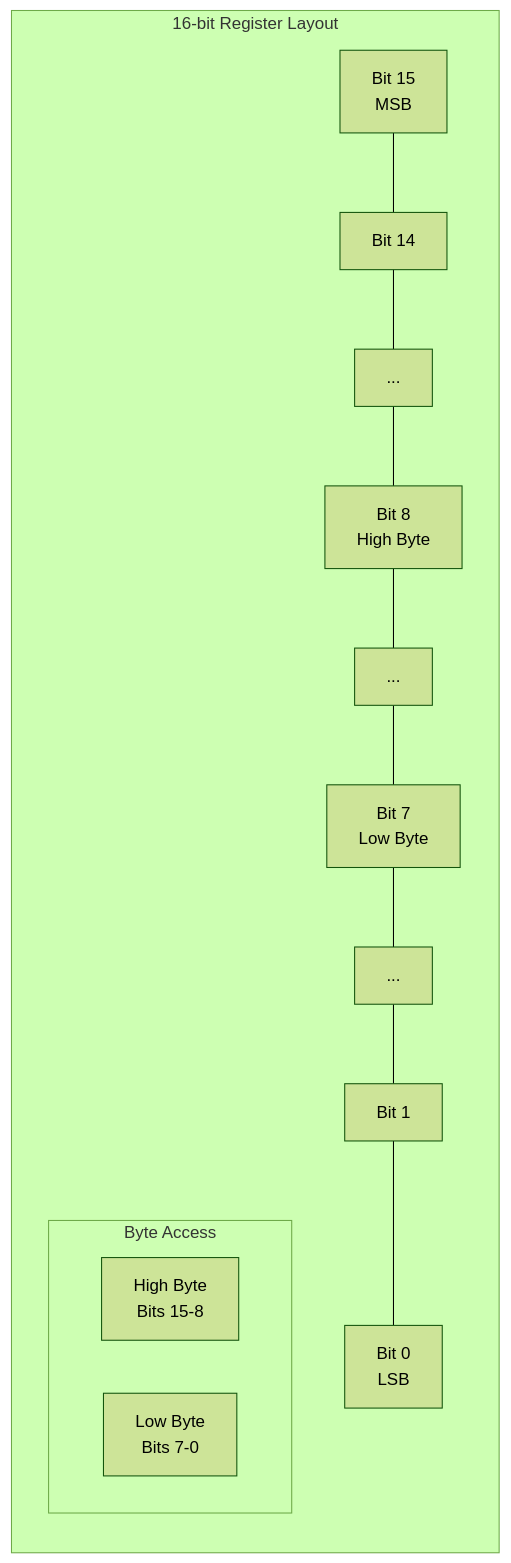
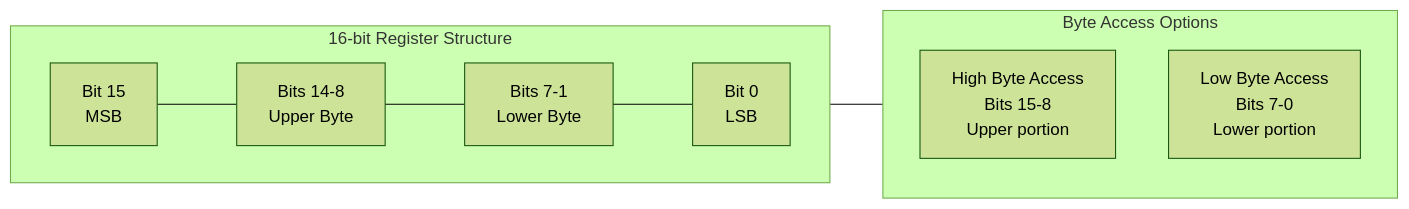
One commit to grahame-white/ai_msp430_emulator changed the third of 9 diagrams in docs/MSP430_CPU_REGISTERS.md. Above: the diagram before and after it, drawn with Mermaid (forest theme). The commit also changed other lines of this file, not shown here.

Commit message:
Fix register diagrams to read horizontally and improve SR diagram readability

````diff
--- a/docs/MSP430_CPU_REGISTERS.md
+++ b/docs/MSP430_CPU_REGISTERS.md
@@ -51,28 +49,22 @@
 ```mermaid
 graph LR
-    subgraph reg["16-bit Register Layout"]
-        B15["Bit 15<br/>MSB"] 
-        B14["Bit 14"] 
-        DOTS1["..."]
-        B8["Bit 8<br/>High Byte"]
-        DOTS2["..."]
-        B7["Bit 7<br/>Low Byte"] 
-        DOTS3["..."]
-        B1["Bit 1"] 
-        B0["Bit 0<br/>LSB"]
+    subgraph reg["16-bit Register Structure"]
+        direction LR
+        MSB["Bit 15<br/>MSB"] 
+        UPPER["Bits 14-8<br/>Upper Byte"]
+        LOWER["Bits 7-1<br/>Lower Byte"] 
+        LSB["Bit 0<br/>LSB"]
         
-        B15 --- B14
-        B14 --- DOTS1
-        DOTS1 --- B8
-        B8 --- DOTS2
-        DOTS2 --- B7
-        B7 --- DOTS3
-        DOTS3 --- B1
-        B1 --- B0
-        
-        subgraph bytes["Byte Access"]
-            HIGH["High Byte<br/>Bits 15-8"]
-            LOW["Low Byte<br/>Bits 7-0"]
-        end
+        MSB --- UPPER
+        UPPER --- LOWER
+        LOWER --- LSB
     end
+    
+    subgraph access["Byte Access Options"]
+        direction TB
+        HIGH["High Byte Access<br/>Bits 15-8<br/>Upper portion"]
+        LOW["Low Byte Access<br/>Bits 7-0<br/>Lower portion"]
+    end
+    
+    reg --- access
 ```
````
